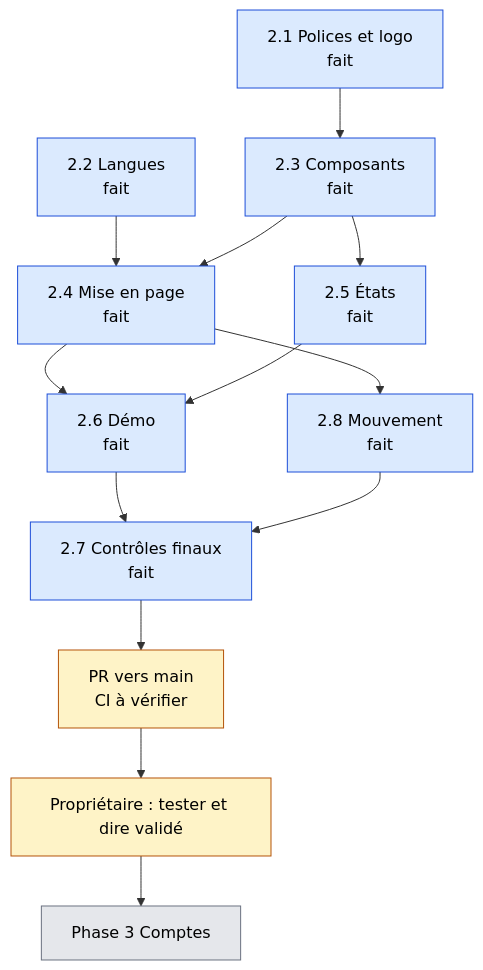
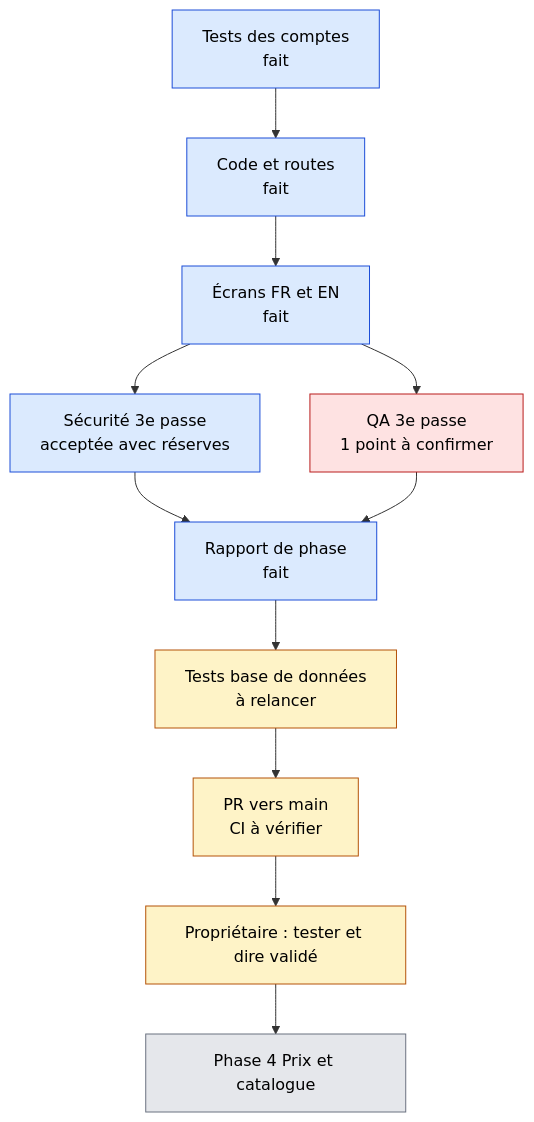
One commit to lyon32/lyonpanel changed the fourth of 5 diagrams in docs/reports/TABLEAU-DE-BORD.md. Above: the diagram before and after it, drawn with Mermaid. The commit also changed other lines of this file and 223 other files, not shown here.

First line of the commit message:
feat: Phase 3 — comptes (inscription, connexion, mot de passe oublié) (#7)

````diff
--- a/docs/reports/TABLEAU-DE-BORD.md
+++ b/docs/reports/TABLEAU-DE-BORD.md
@@ -91,21 +91,21 @@
 ```mermaid
 flowchart TD
-  T21["2.1 Polices et logo<br/>fait"] --> T23["2.3 Composants<br/>fait"]
-  T22["2.2 Langues<br/>fait"] --> T24["2.4 Mise en page<br/>fait"]
-  T23 --> T24
-  T23 --> T25["2.5 États<br/>fait"]
-  T24 --> T26["2.6 Démo<br/>fait"]
-  T25 --> T26
-  T24 --> T28["2.8 Mouvement<br/>fait"]
-  T26 --> T27["2.7 Contrôles finaux<br/>fait"]
-  T28 --> T27
-  T27 --> PR["PR vers main<br/>CI à vérifier"]
+  TS["Tests des comptes<br/>fait"] --> CO["Code et routes<br/>fait"]
+  CO --> DE["Écrans FR et EN<br/>fait"]
+  DE --> SE["Sécurité 3e passe<br/>acceptée avec réserves"]
+  DE --> QA["QA 3e passe<br/>1 point à confirmer"]
+  SE --> RA["Rapport de phase<br/>fait"]
+  QA --> RA
+  RA --> DB["Tests base de données<br/>à relancer"]
+  DB --> PR["PR vers main<br/>CI à vérifier"]
   PR --> OWN["Propriétaire : tester et dire validé"]
-  OWN --> NEXT["Phase 3 Comptes"]
+  OWN --> NEXT["Phase 4 Prix et catalogue"]
   classDef fait fill:#DBEAFE,stroke:#1D4ED8,color:#000
   classDef attente fill:#FEF3C7,stroke:#B45309,color:#000
+  classDef bloque fill:#FEE2E2,stroke:#B91C1C,color:#000
   classDef afaire fill:#E5E7EB,stroke:#6B7280,color:#000
-  class T21,T22,T23,T24,T25,T26,T27,T28 fait
-  class PR,OWN attente
+  class TS,CO,DE,SE,RA fait
+  class QA bloque
+  class DB,PR,OWN attente
   class NEXT afaire
 ```
````
